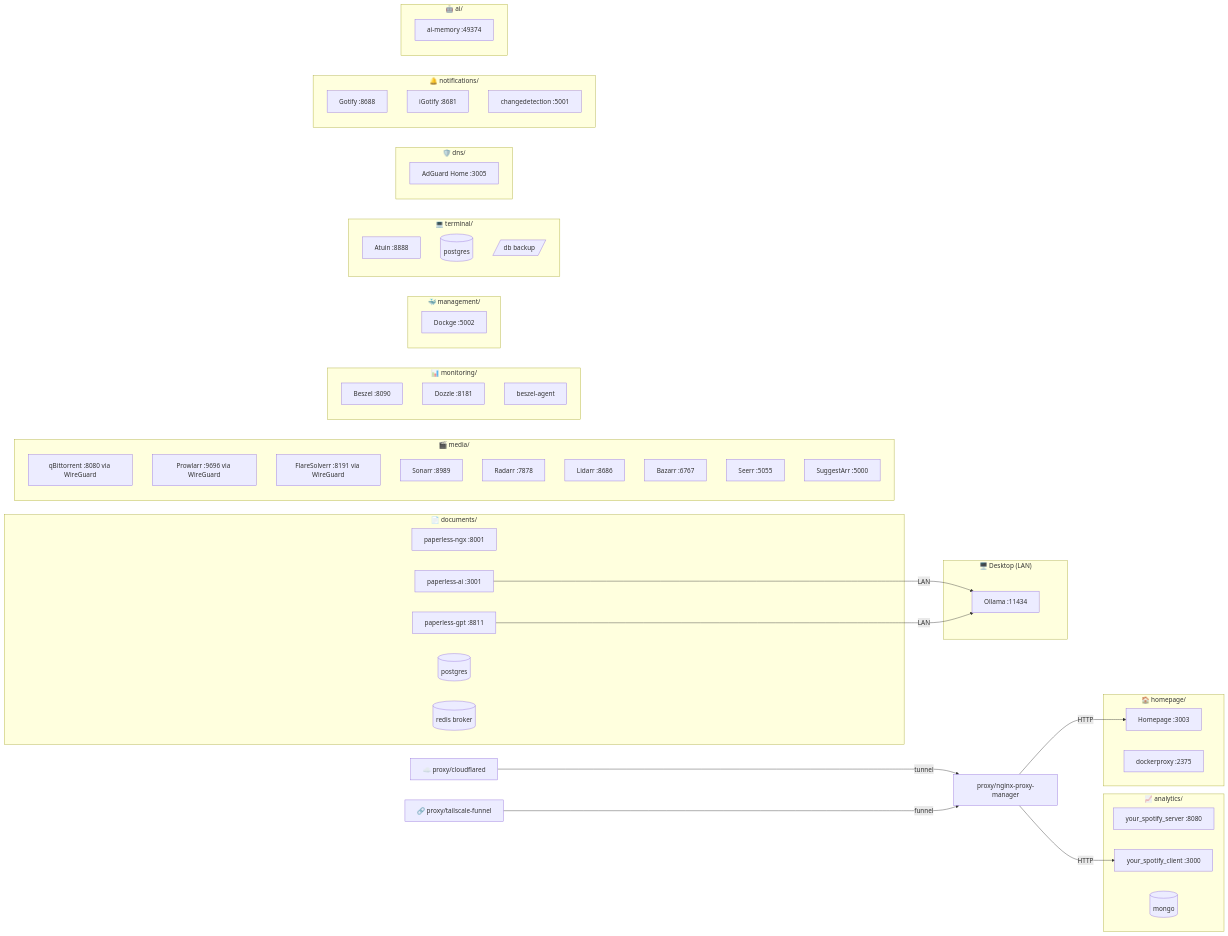
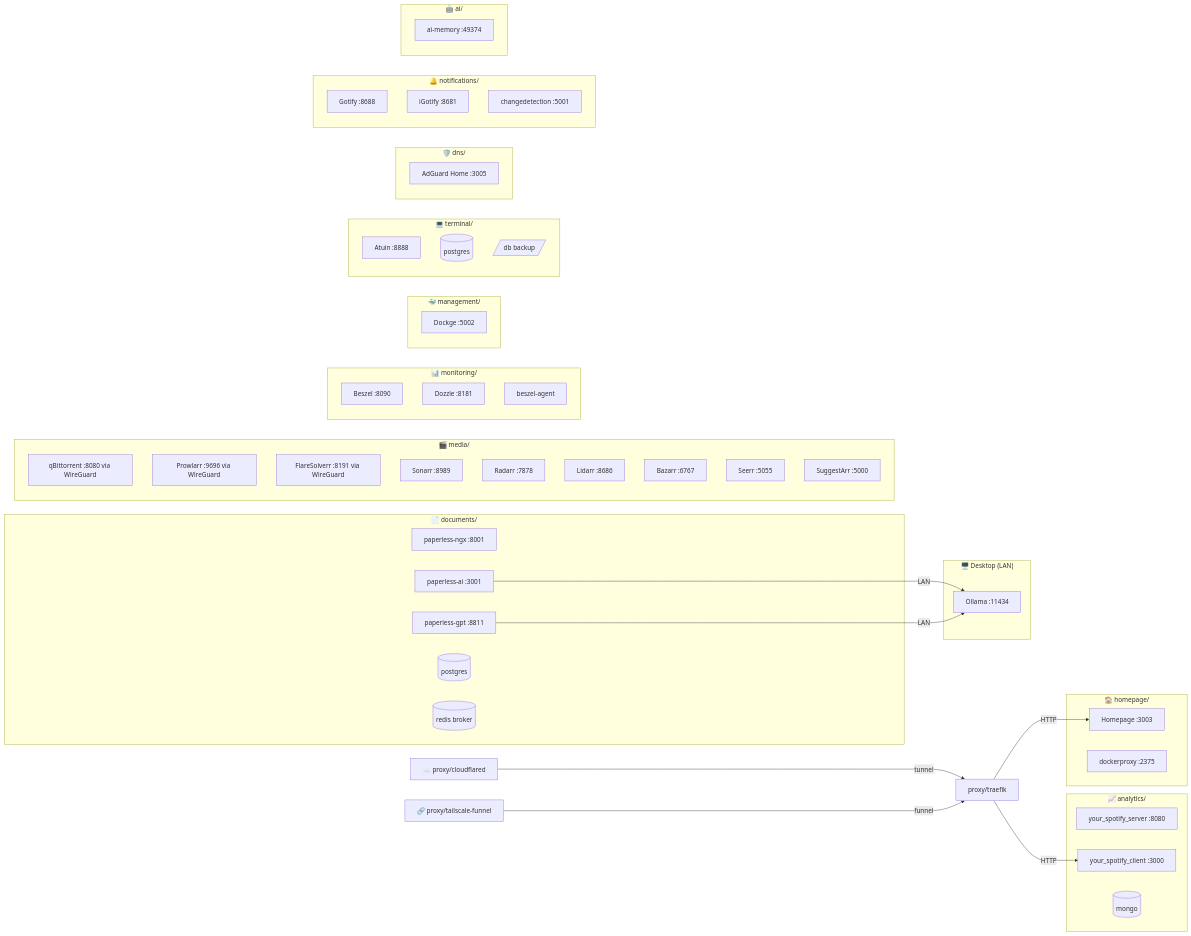
Before and after one commit to lexcode/homelab: the diagram in README.md, drawn with Mermaid. The commit also changed other lines of this file and 15 other files, not shown here.

First line of the commit message:
feat: replace Nginx Proxy Manager with Traefik as ingress reverse proxy

````diff
--- a/README.md
+++ b/README.md
@@ -5,66 +5,66 @@
 ```mermaid
 flowchart LR
     subgraph docs["📄  documents/"]
         pngx[paperless-ngx :8001]
         pai[paperless-ai :3001]
         pgpt[paperless-gpt :8811]
         pg[(postgres)]
         rd[(redis broker)]
     end
     subgraph med["🎬  media/"]
         qbt[qBittorrent :8080 via WireGuard]
         prowlarr[Prowlarr :9696 via WireGuard]
         flare[FlareSolverr :8191 via WireGuard]
         sonarr[Sonarr :8989]
         radarr[Radarr :7878]
         lidarr[Lidarr :8686]
         bazarr[Bazarr :6767]
         seerr[Seerr :5055]
         suggestarr[SuggestArr :5000]
     end
     subgraph mon["📊  monitoring/"]
         beszel[Beszel :8090]
         dozzle[Dozzle :8181]
         beszelagent[beszel-agent]
     end
     subgraph mgmt["🐳  management/"]
         dockge[Dockge :5002]
     end
     subgraph ana["📈  analytics/"]
         yss[your_spotify_server :8080]
         ysc[your_spotify_client :3000]
         ysm[(mongo)]
     end
     subgraph term["💻  terminal/"]
         atuin[Atuin :8888]
         atuinpg[(postgres)]
         atuinbkp[/db backup/]
     end
     subgraph home["🏠  homepage/"]
         hp[Homepage :3003]
         dp[dockerproxy :2375]
     end
     subgraph dns["🛡️  dns/"]
         ag[AdGuard Home :3005]
     end
     subgraph notif["🔔 notifications/"]
         gotify[Gotify :8688]
         igotify[iGotify :8681]
         cd[changedetection :5001]
     end
     subgraph ai["🤖 ai/"]
         aim[ai-memory :49374]
     end
     cf[☁️  proxy/cloudflared]
     ts[🔗 proxy/tailscale-funnel]
-    npm[proxy/nginx-proxy-manager]
+    traefik[proxy/traefik]
     subgraph desktop["🖥️  Desktop (LAN)"]
         ollama[Ollama :11434]
     end
     pai -- LAN --> ollama
     pgpt -- LAN --> ollama
-    cf -- tunnel --> npm
-    ts -- funnel --> npm
-    npm -- HTTP --> hp
-    npm -- HTTP --> ysc
+    cf -- tunnel --> traefik
+    ts -- funnel --> traefik
+    traefik -- HTTP --> hp
+    traefik -- HTTP --> ysc
 ```
````
